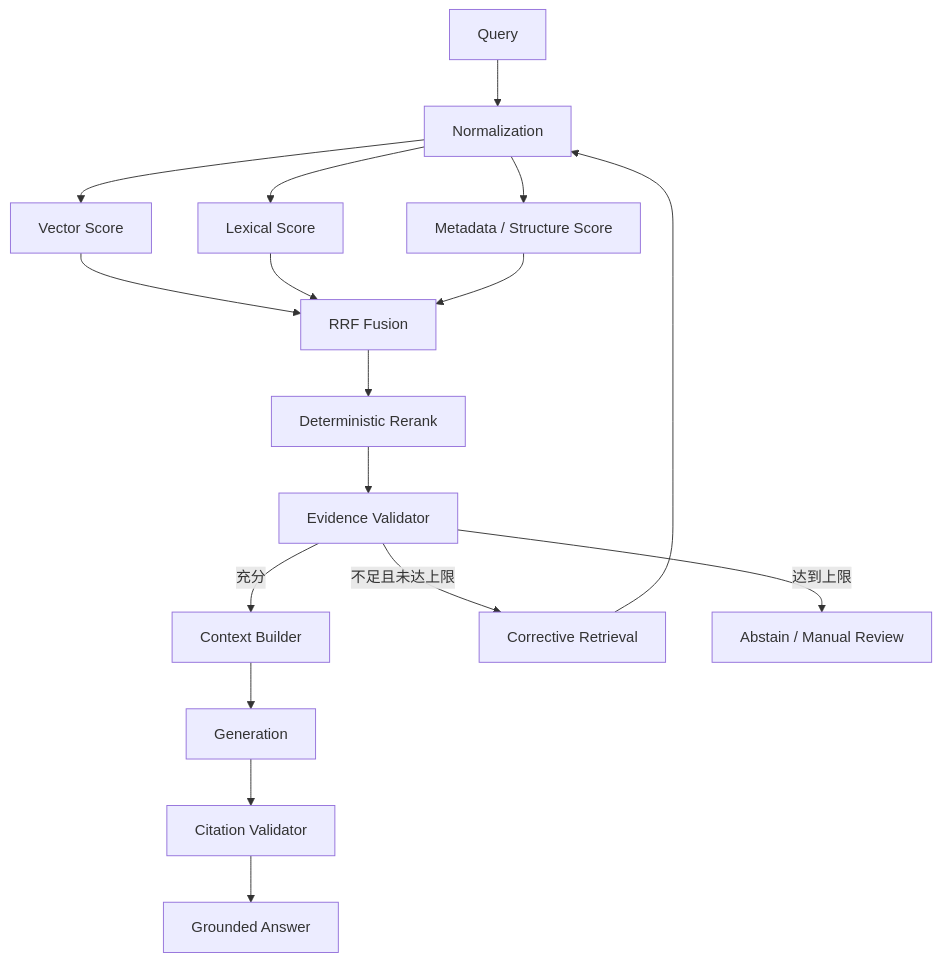
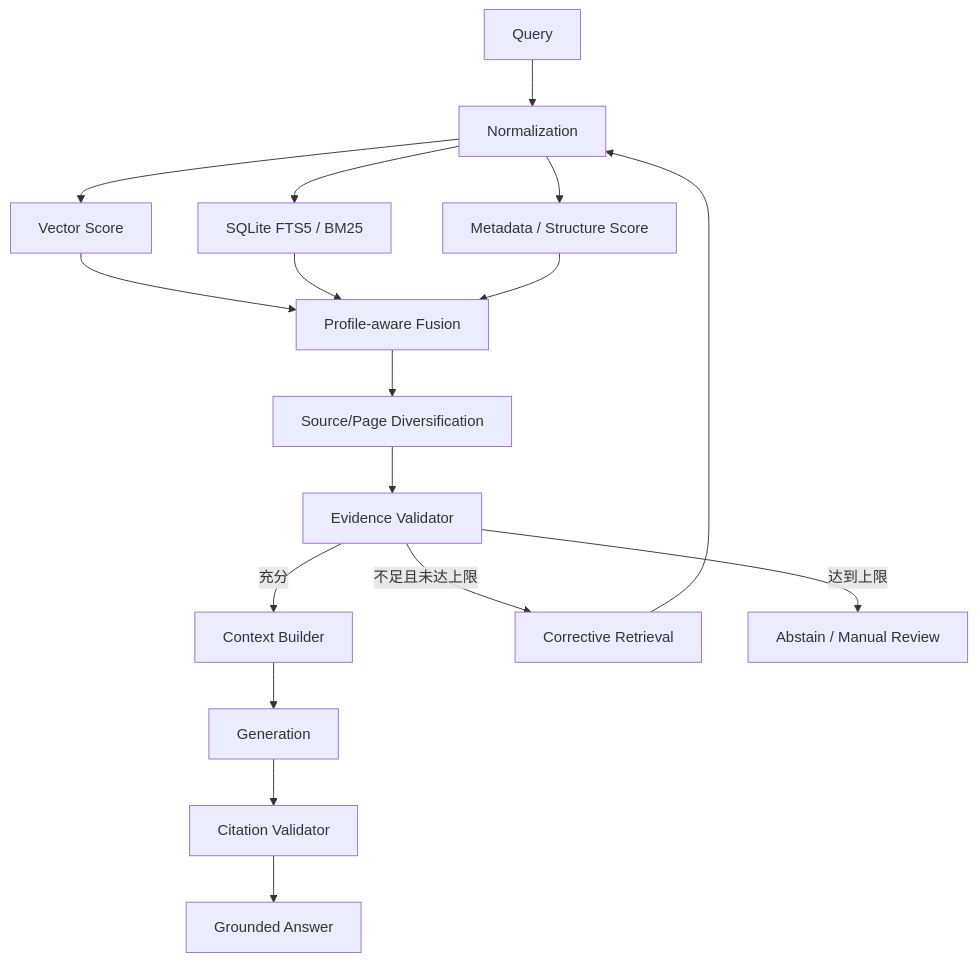
The seventh of 9 diagrams in README.md (Cchena1/agentforge), drawn with Mermaid before and after one commit. The commit also changed other lines of this file and 42 other files, not shown here.

````diff
--- a/README.md
+++ b/README.md
@@ -341,14 +342,14 @@
 ```mermaid
 flowchart TD
     Q["Query"] --> N["Normalization"]
     N --> V["Vector Score"]
-    N --> K["Lexical Score"]
+    N --> K["SQLite FTS5 / BM25"]
     N --> M["Metadata / Structure Score"]
-    V --> RRF["RRF Fusion"]
+    V --> RRF["Profile-aware Fusion"]
     K --> RRF
     M --> RRF
-    RRF --> RR["Deterministic Rerank"] --> EV["Evidence Validator"]
+    RRF --> RR["Source/Page Diversification"] --> EV["Evidence Validator"]
     EV -->|充分| C["Context Builder"] --> LLM["Generation"] --> CV["Citation Validator"] --> A["Grounded Answer"]
     EV -->|不足且未达上限| CR["Corrective Retrieval"] --> N
     EV -->|达到上限| AB["Abstain / Manual Review"]
 ```
````
